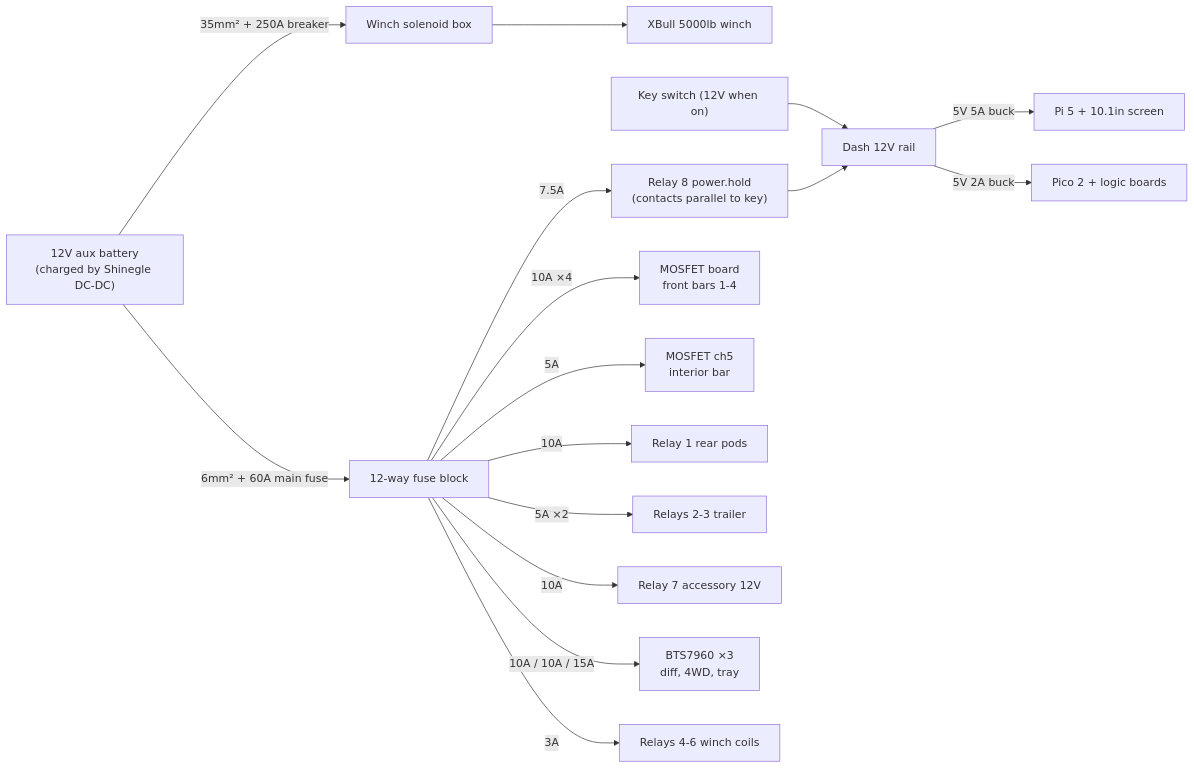
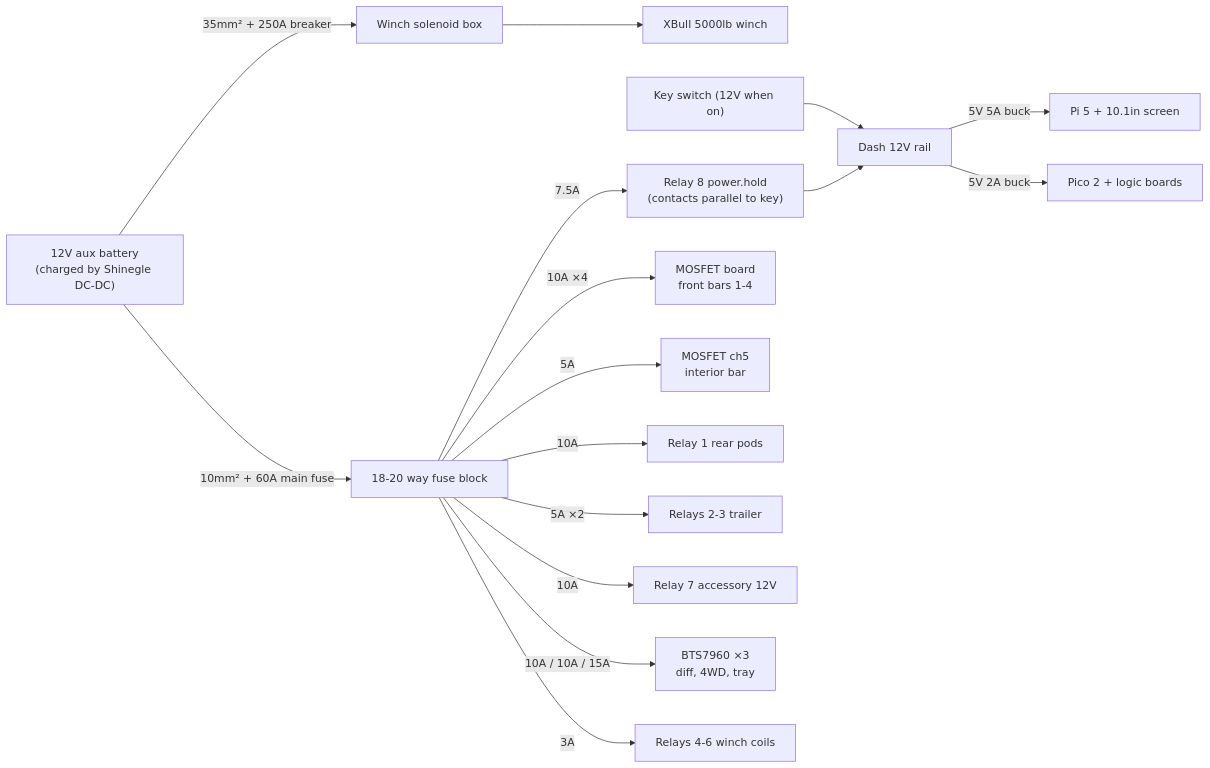
One commit to electrumnz/TERYXDACTL changed the first of 2 diagrams in docs/wiring.md. Above: the diagram before and after it, drawn with Mermaid. The commit also changed other lines of this file and 21 other files, not shown here.

First line of the commit message:
Whole-vehicle wiring: one YAML source, generated single line diagrams, checks

````diff
--- a/docs/wiring.md
+++ b/docs/wiring.md
@@ -20,17 +28,17 @@
 ```mermaid
 flowchart LR
   BATT["12V aux battery<br/>(charged by Shinegle DC-DC)"]
   BATT -- "35mm² + 250A breaker" --> WSOL["Winch solenoid box"] --> WINCH["XBull 5000lb winch"]
-  BATT -- "6mm² + 60A main fuse" --> FB["12-way fuse block"]
+  BATT -- "10mm² + 60A main fuse" --> FB["18-20 way fuse block"]
   KEY["Key switch (12V when on)"] --> RAIL
   FB -- "7.5A" --> HOLD["Relay 8 power.hold<br/>(contacts parallel to key)"] --> RAIL["Dash 12V rail"]
   RAIL -- "5V 5A buck" --> PI["Pi 5 + 10.1in screen"]
   RAIL -- "5V 2A buck" --> PICO["Pico 2 + logic boards"]
   FB -- "10A ×4" --> MOS["MOSFET board<br/>front bars 1-4"]
   FB -- "5A" --> MOSI["MOSFET ch5<br/>interior bar"]
   FB -- "10A" --> R1["Relay 1 rear pods"]
   FB -- "5A ×2" --> R23["Relays 2-3 trailer"]
   FB -- "10A" --> R7["Relay 7 accessory 12V"]
   FB -- "10A / 10A / 15A" --> BTS["BTS7960 ×3<br/>diff, 4WD, tray"]
   FB -- "3A" --> R456["Relays 4-6 winch coils"]
 ```
````
